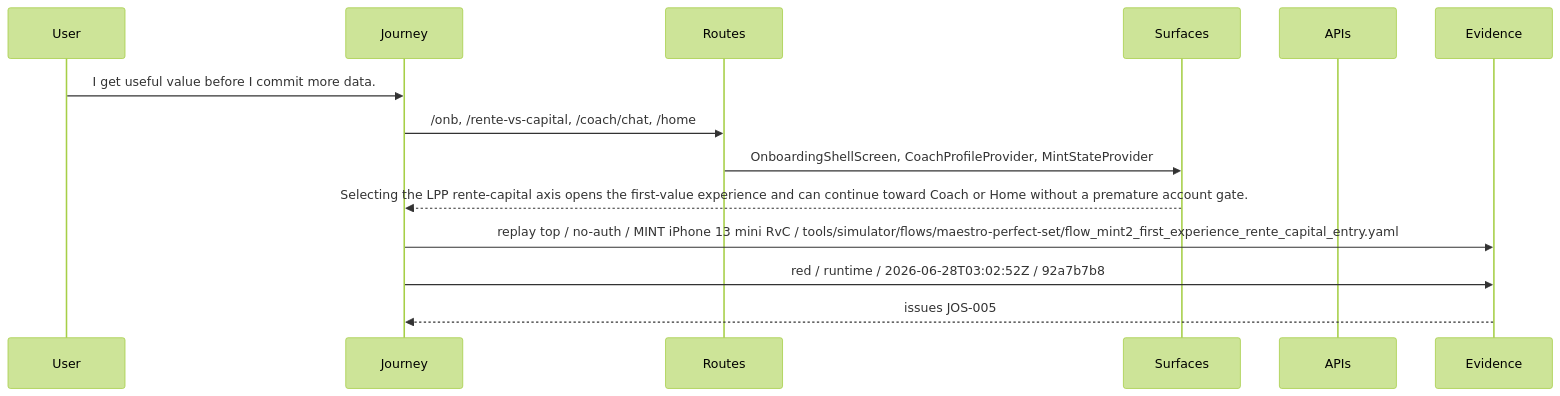
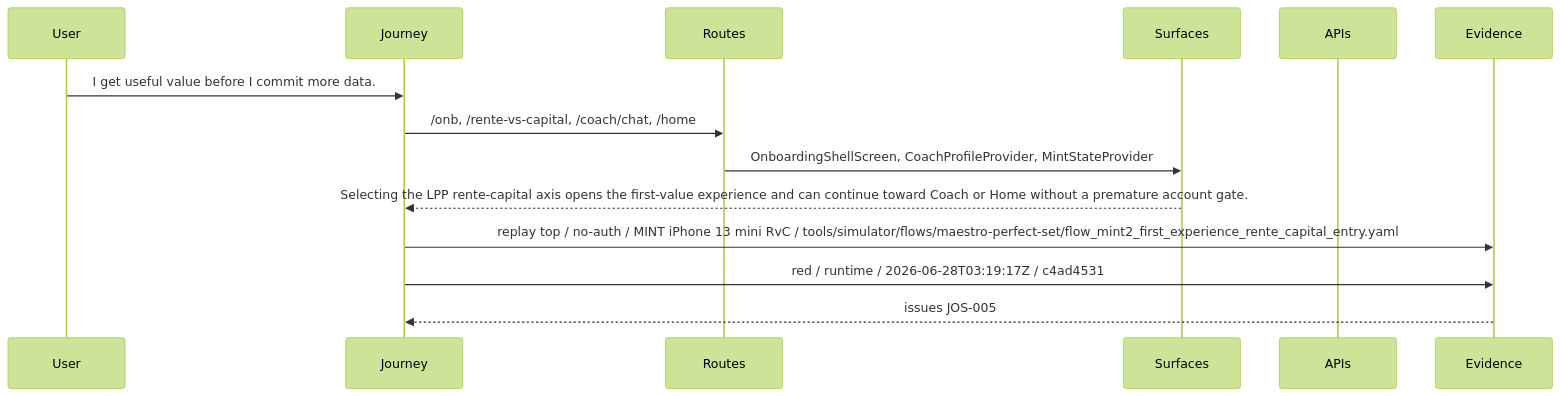
One commit to MINT-IA/MINT changed the diagram in .planning/journeys/diagrams/onboarding_first_value_sequence.mmd. Above: the diagram before and after it, drawn with Mermaid (forest theme). The commit also changed 8 other files, not shown here.

```diff
--- a/.planning/journeys/diagrams/onboarding_first_value_sequence.mmd
+++ b/.planning/journeys/diagrams/onboarding_first_value_sequence.mmd
@@ -1,15 +1,15 @@
 %% Generated from .planning/journeys/records/onboarding_first_value.json
 sequenceDiagram
   participant User
   participant Journey
   participant Routes
   participant Surfaces
   participant APIs
   participant Evidence
   User->>Journey: I get useful value before I commit more data.
   Journey->>Routes: /onb, /rente-vs-capital, /coach/chat, /home
   Routes->>Surfaces: OnboardingShellScreen, CoachProfileProvider, MintStateProvider
   Surfaces-->>Journey: Selecting the LPP rente-capital axis opens the first-value experience and can continue toward Coach or Home without a premature account gate.
   Journey->>Evidence: replay top / no-auth / MINT iPhone 13 mini RvC / tools/simulator/flows/maestro-perfect-set/flow_mint2_first_experience_rente_capital_entry.yaml
-  Journey->>Evidence: red / runtime / 2026-06-28T03:02:52Z / 92a7b7b8
+  Journey->>Evidence: red / runtime / 2026-06-28T03:19:17Z / c4ad4531
   Evidence-->>Journey: issues JOS-005
```
